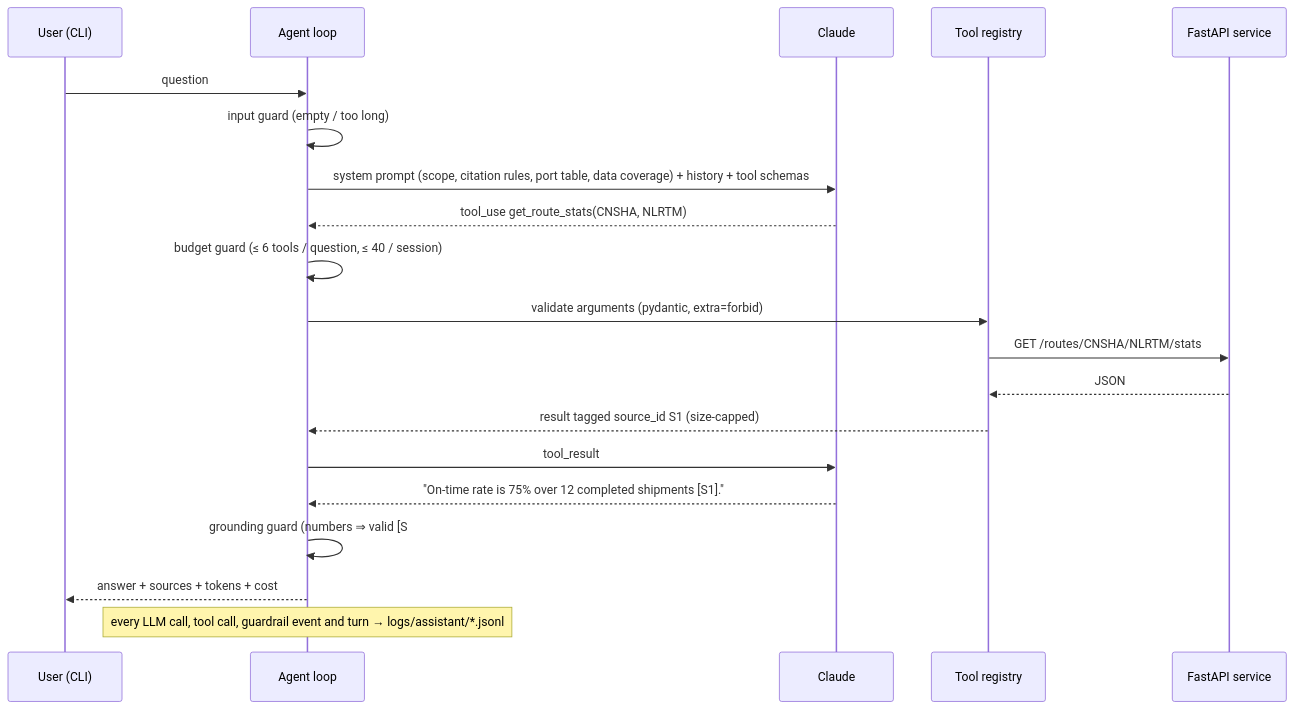
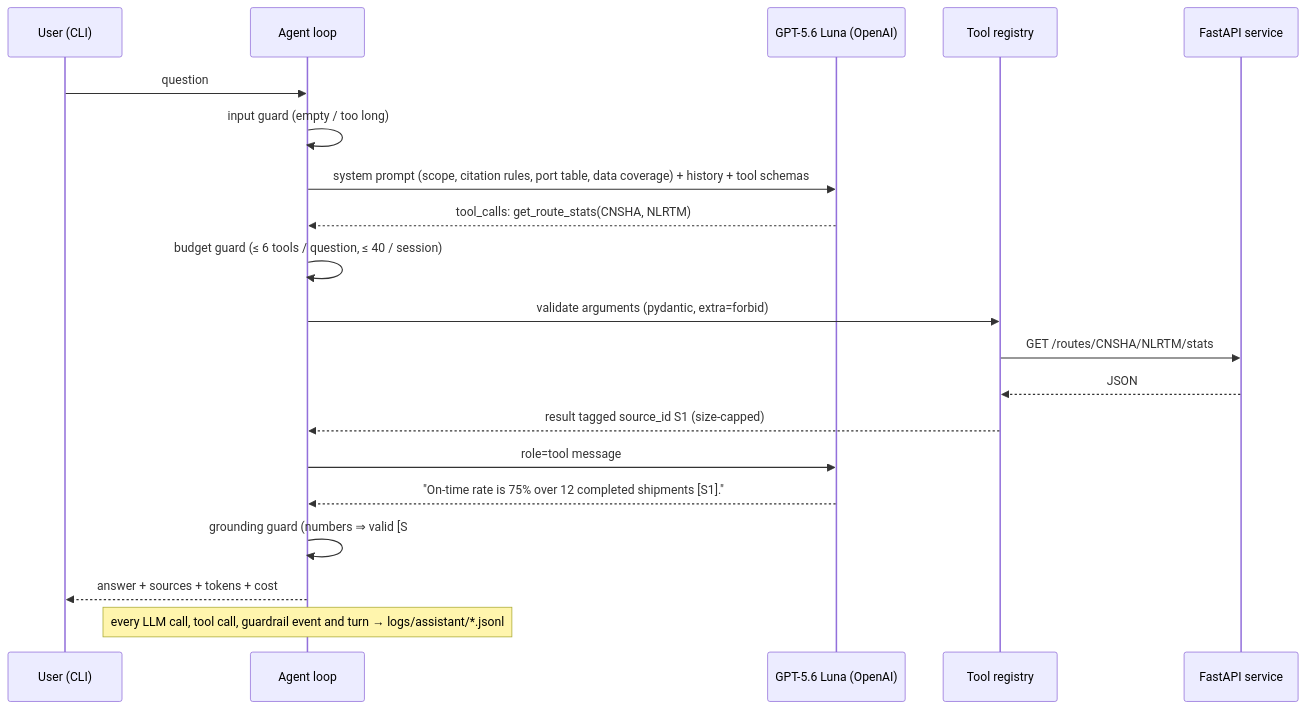
Before and after one commit to shubham11941140/Maersk-Shubham-Gupta: the sixth of 6 diagrams in README.md, drawn with Mermaid. The commit also changed other lines of this file and 25 other files, not shown here.

````diff
--- a/README.md
+++ b/README.md
@@ -1117,22 +1127,22 @@
 ```mermaid
 sequenceDiagram
     participant U as User (CLI)
     participant A as Agent loop
-    participant C as Claude
+    participant C as GPT-5.6 Luna (OpenAI)
     participant T as Tool registry
     participant API as FastAPI service
     U->>A: question
     A->>A: input guard (empty / too long)
     A->>C: system prompt (scope, citation rules, port table, data coverage) + history + tool schemas
-    C-->>A: tool_use get_route_stats(CNSHA, NLRTM)
+    C-->>A: tool_calls: get_route_stats(CNSHA, NLRTM)
     A->>A: budget guard (≤ 6 tools / question, ≤ 40 / session)
     A->>T: validate arguments (pydantic, extra=forbid)
     T->>API: GET /routes/CNSHA/NLRTM/stats
     API-->>T: JSON
     T-->>A: result tagged source_id S1 (size-capped)
-    A->>C: tool_result
+    A->>C: role=tool message
     C-->>A: "On-time rate is 75% over 12 completed shipments [S1]."
     A->>A: grounding guard (numbers ⇒ valid [S#] citations)
     A-->>U: answer + sources + tokens + cost
     Note over A: every LLM call, tool call, guardrail event and turn → logs/assistant/*.jsonl
 ```
````
